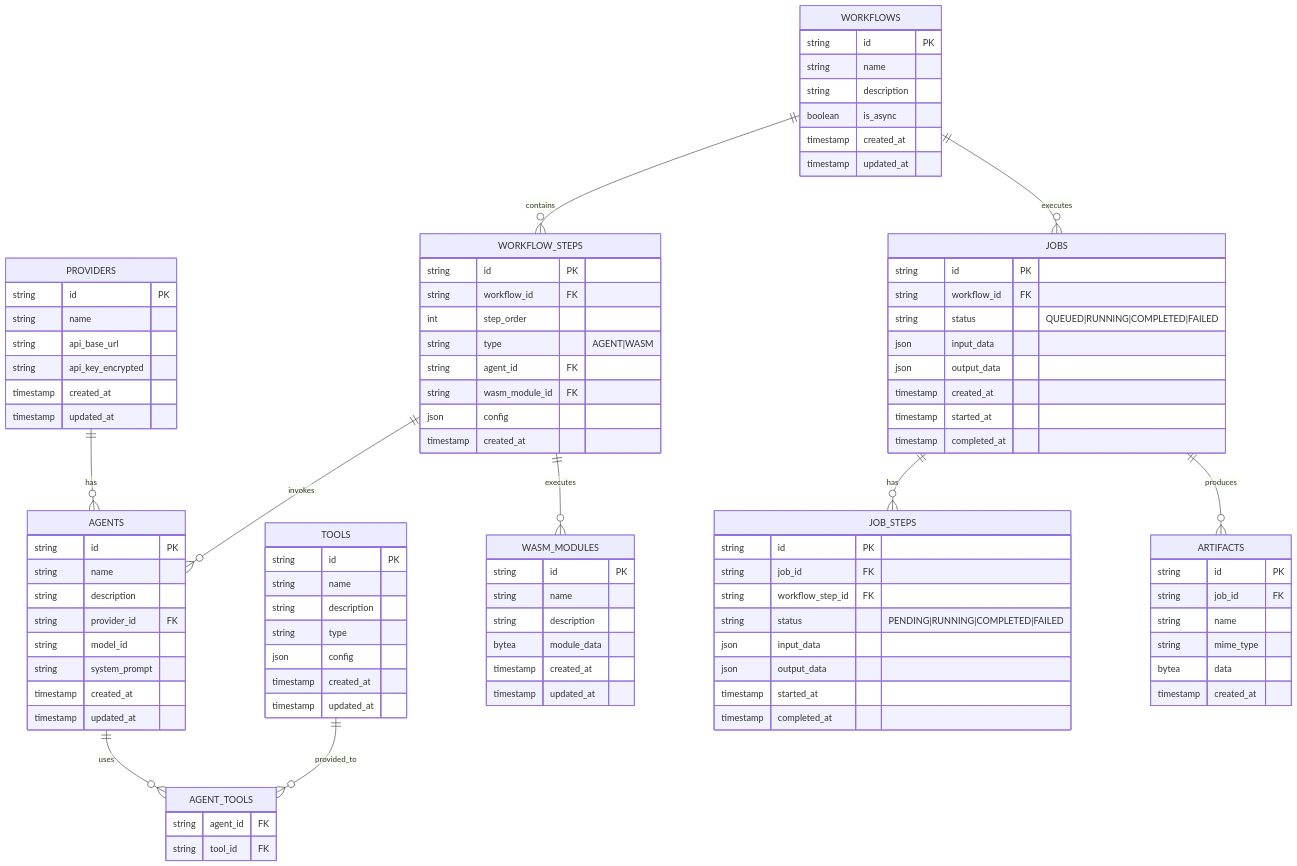
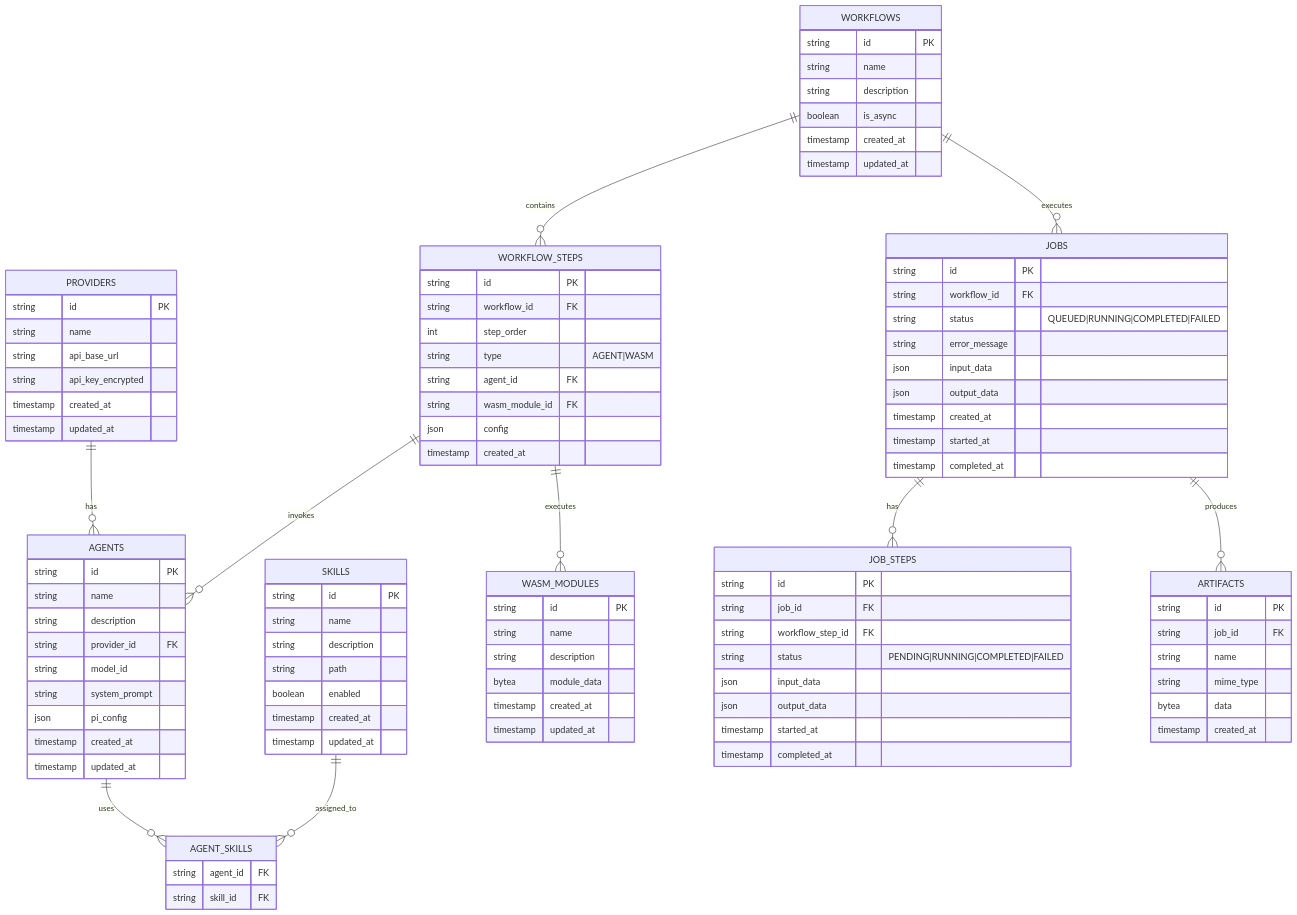
The diagram in DATA_MODEL.md (mule-ai/mule), drawn with Mermaid before and after one commit. The commit also changed other lines of this file and 73 other files, not shown here.

```diff
--- a/DATA_MODEL.md
+++ b/DATA_MODEL.md
@@ -11,12 +11,12 @@
         timestamp updated_at
     }
     
-    TOOLS {
+    SKILLS {
         string id PK
         string name
         string description
-        string type
-        json config
+        string path
+        boolean enabled
         timestamp created_at
         timestamp updated_at
     }
@@ -28,13 +28,14 @@
         string provider_id FK
         string model_id
         string system_prompt
+        json pi_config
         timestamp created_at
         timestamp updated_at
     }
     
-    AGENT_TOOLS {
+    AGENT_SKILLS {
         string agent_id FK
-        string tool_id FK
+        string skill_id FK
     }
     
     WORKFLOWS {
@@ -70,6 +71,7 @@
         string id PK
         string workflow_id FK
         string status "QUEUED|RUNNING|COMPLETED|FAILED"
+        string error_message
         json input_data
         json output_data
         timestamp created_at
@@ -98,8 +100,8 @@
     }
     
     PROVIDERS ||--o{ AGENTS : "has"
-    AGENTS ||--o{ AGENT_TOOLS : "uses"
-    TOOLS ||--o{ AGENT_TOOLS : "provided_to"
+    AGENTS ||--o{ AGENT_SKILLS : "uses"
+    SKILLS ||--o{ AGENT_SKILLS : "assigned_to"
     WORKFLOWS ||--o{ WORKFLOW_STEPS : "contains"
     WORKFLOW_STEPS ||--o{ AGENTS : "invokes"
     WORKFLOW_STEPS ||--o{ WASM_MODULES : "executes"
```
